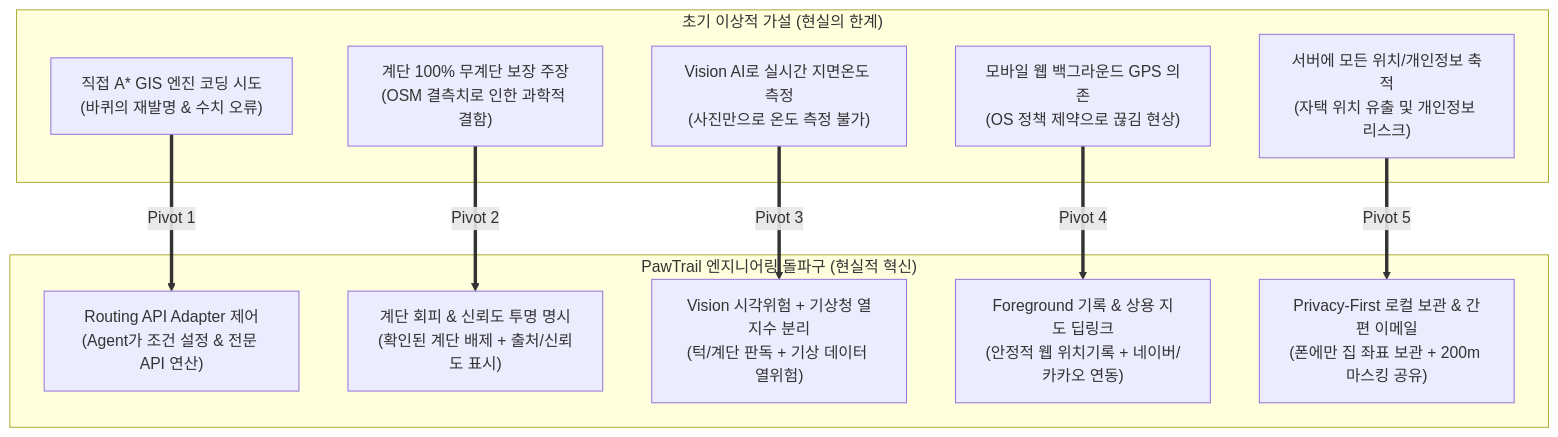
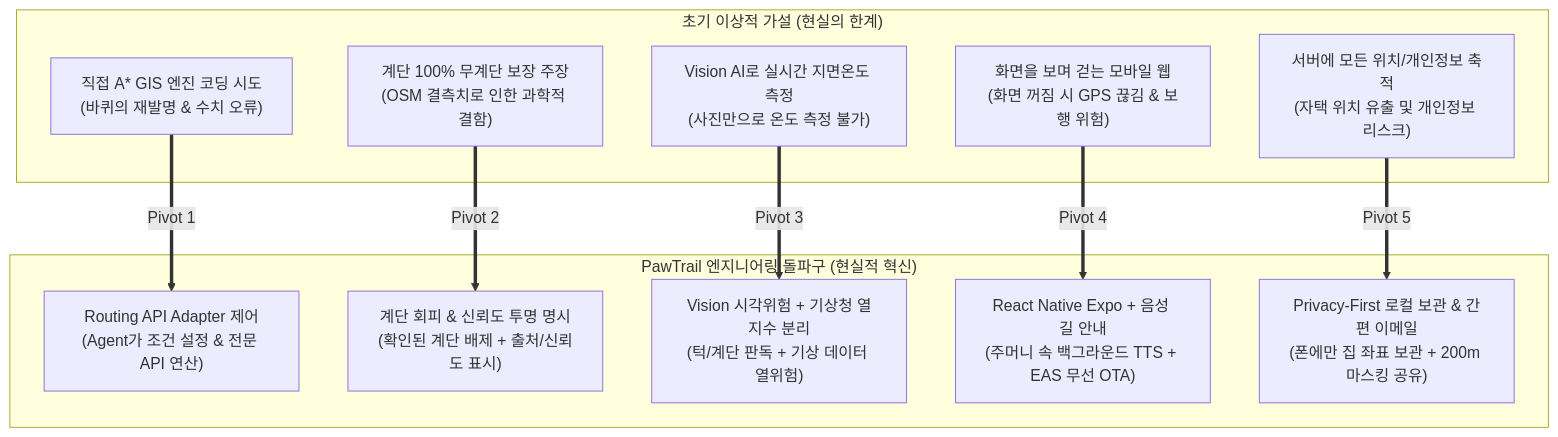
One commit to gigantess/PawTrail changed the second of 3 diagrams in docs/07_PawTrail_Presentation_Pain_Points.md. Above: the diagram before and after it, drawn with Mermaid. The commit also changed other lines of this file and 7 other files, not shown here.

Commit message:
포트레일의 클라이언트 기술 스택과 UX를 React Native (Expo SDK 51+) 모바일 앱, 주머니 속 시선 해방(Eyes-Free) 핸즈프리 음성 길 안내, 그리고 **EAS Build(1회 APK) + EAS Update(무선 무점검 OTA)**로 전면 재정합화하여 모든 관련 문서를 업데이트

````diff
--- a/docs/07_PawTrail_Presentation_Pain_Points.md
+++ b/docs/07_PawTrail_Presentation_Pain_Points.md
@@ -74,24 +75,24 @@
 ```mermaid
 flowchart TD
     subgraph Problem ["초기 이상적 가설 (현실의 한계)"]
         P1["직접 A* GIS 엔진 코딩 시도<br/>(바퀴의 재발명 & 수치 오류)"]
         P2["계단 100% 무계단 보장 주장<br/>(OSM 결측치로 인한 과학적 결함)"]
         P3["Vision AI로 실시간 지면온도 측정<br/>(사진만으로 온도 측정 불가)"]
-        P4["모바일 웹 백그라운드 GPS 의존<br/>(OS 정책 제약으로 끊김 현상)"]
+        P4["화면을 보며 걷는 모바일 웹<br/>(화면 꺼짐 시 GPS 끊김 & 보행 위험)"]
         P5["서버에 모든 위치/개인정보 축적<br/>(자택 위치 유출 및 개인정보 리스크)"]
     end
 
     subgraph Solution ["PawTrail 엔지니어링 돌파구 (현실적 혁신)"]
         S1["Routing API Adapter 제어<br/>(Agent가 조건 설정 & 전문 API 연산)"]
         S2["계단 회피 & 신뢰도 투명 명시<br/>(확인된 계단 배제 + 출처/신뢰도 표시)"]
         S3["Vision 시각위험 + 기상청 열지수 분리<br/>(턱/계단 판독 + 기상 데이터 열위험)"]
-        S4["Foreground 기록 & 상용 지도 딥링크<br/>(안정적 웹 위치기록 + 네이버/카카오 연동)"]
+        S4["React Native Expo + 음성 길 안내<br/>(주머니 속 백그라운드 TTS + EAS 무선 OTA)"]
         S5["Privacy-First 로컬 보관 & 간편 이메일<br/>(폰에만 집 좌표 보관 + 200m 마스킹 공유)"]
     end
 
     P1 ==>|Pivot 1| S1
     P2 ==>|Pivot 2| S2
     P3 ==>|Pivot 3| S3
     P4 ==>|Pivot 4| S4
     P5 ==>|Pivot 5| S5
 ```
````
